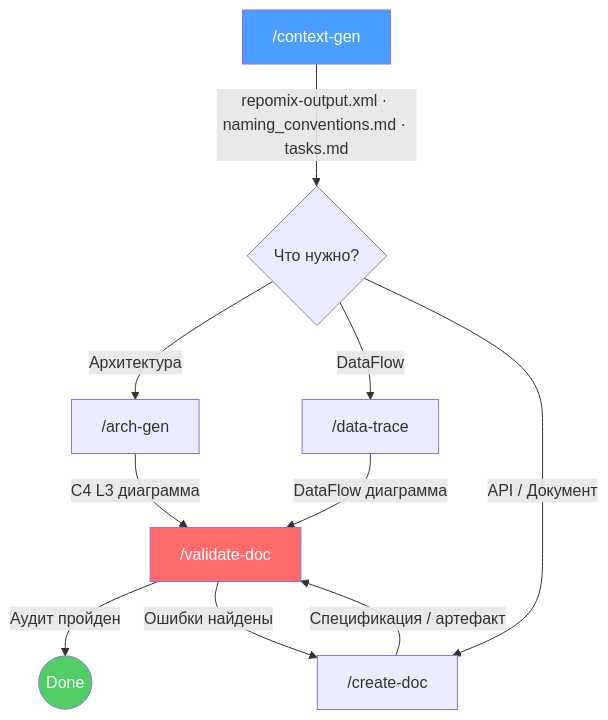
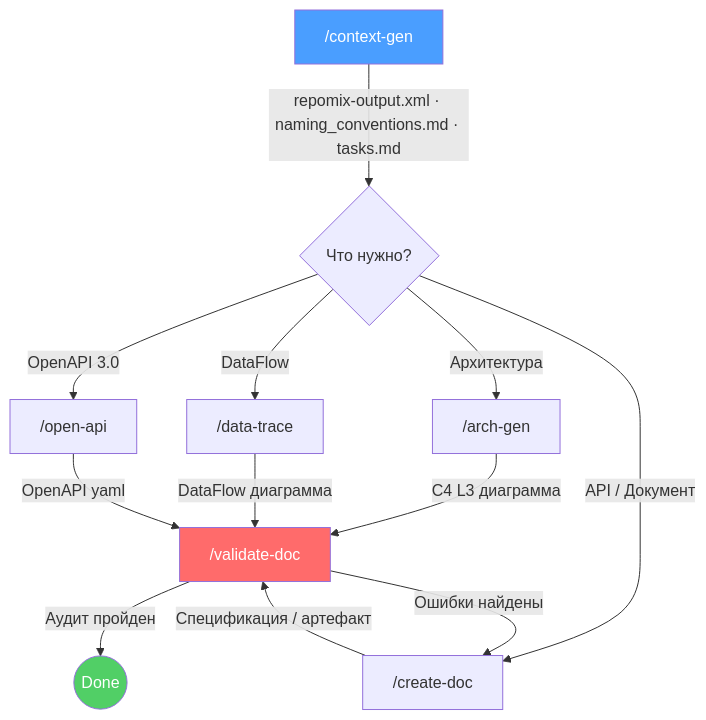
Before and after one commit to boboden541/sa-helper: the first of 3 diagrams in README.md, drawn with Mermaid. The commit also changed other lines of this file and 25 other files, not shown here.

````diff
--- a/README.md
+++ b/README.md
@@ -131,18 +132,20 @@
 ```mermaid
 flowchart TD
     A["/context-gen"] -->|"repomix-output.xml · naming_conventions.md · tasks.md"| B{Что нужно?}
     B -->|"Архитектура"| C["/arch-gen"]
     B -->|"DataFlow"| D["/data-trace"]
     B -->|"API / Документ"| E["/create-doc"]
+    B -->|"OpenAPI 3.0"| OA["/open-api"]
 
     C -->|"C4 L3 диаграмма"| F["/validate-doc"]
     D -->|"DataFlow диаграмма"| F
     E -->|"Спецификация / артефакт"| F
+    OA -->|"OpenAPI yaml"| F
 
     F -->|"Аудит пройден"| G(("Done"))
     F -->|"Ошибки найдены"| E
 
     style A fill:#4a9eff,color:#fff
     style F fill:#ff6b6b,color:#fff
     style G fill:#51cf66,color:#fff
 ```
````
